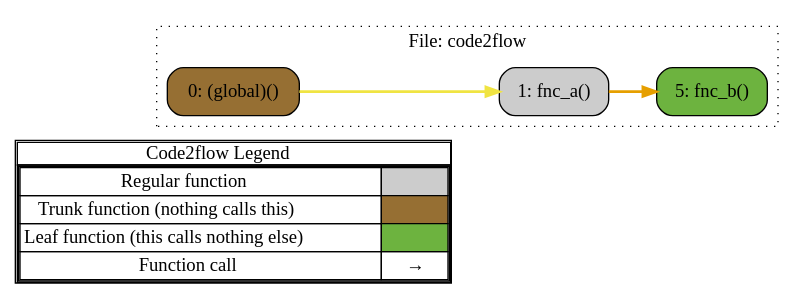
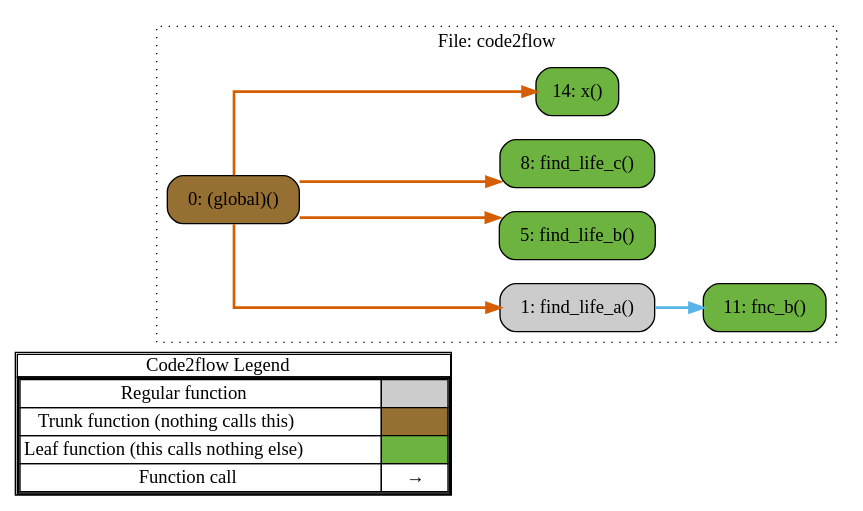
Before and after one commit to hounen/sandbox: the diagram in python/code2flow/out.gv, drawn with Graphviz. The commit also changed 7 other files, not shown here.

```diff
--- a/python/code2flow/out.gv
+++ b/python/code2flow/out.gv
@@ -1,29 +1,35 @@
 digraph G {
 concentrate=true;
 splines="ortho";
 rankdir="LR";
 subgraph legend{
     rank = min;
     label = "legend";
     Legend [shape=none, margin=0, label = <
         <table cellspacing="0" cellpadding="0" border="1"><tr><td>Code2flow Legend</td></tr><tr><td>
         <table cellspacing="0">
         <tr><td>Regular function</td><td width="50px" bgcolor='#cccccc'></td></tr>
         <tr><td>Trunk function (nothing calls this)</td><td bgcolor='#966F33'></td></tr>
         <tr><td>Leaf function (this calls nothing else)</td><td bgcolor='#6db33f'></td></tr>
         <tr><td>Function call</td><td><font color='black'>&#8594;</font></td></tr>
         </table></td></tr></table>
         >];
-}node_7792bf7c [label="0: (global)()" name="code2flow::(global)" shape="rect" style="rounded,filled" fillcolor="#966F33" ];
-node_d9c0bf61 [label="1: fnc_a()" name="code2flow::fnc_a" shape="rect" style="rounded,filled" fillcolor="#cccccc" ];
-node_cbb5191f [label="5: fnc_b()" name="code2flow::fnc_b" shape="rect" style="rounded,filled" fillcolor="#6db33f" ];
-node_7792bf7c -> node_d9c0bf61 [color="#F0E442" penwidth="2"];
-node_d9c0bf61 -> node_cbb5191f [color="#E69F00" penwidth="2"];
-subgraph cluster_19f63017 {
-    node_d9c0bf61 node_cbb5191f node_7792bf7c;
+}node_cbc12a26 [label="0: (global)()" name="code2flow::(global)" shape="rect" style="rounded,filled" fillcolor="#966F33" ];
+node_3dd5f3ca [label="1: find_life_a()" name="code2flow::find_life_a" shape="rect" style="rounded,filled" fillcolor="#cccccc" ];
+node_32e1d51b [label="5: find_life_b()" name="code2flow::find_life_b" shape="rect" style="rounded,filled" fillcolor="#6db33f" ];
+node_9417f868 [label="8: find_life_c()" name="code2flow::find_life_c" shape="rect" style="rounded,filled" fillcolor="#6db33f" ];
+node_2a10487f [label="11: fnc_b()" name="code2flow::fnc_b" shape="rect" style="rounded,filled" fillcolor="#6db33f" ];
+node_82b95c54 [label="14: x()" name="code2flow::x" shape="rect" style="rounded,filled" fillcolor="#6db33f" ];
+node_cbc12a26 -> node_3dd5f3ca [color="#D55E00" penwidth="2"];
+node_cbc12a26 -> node_32e1d51b [color="#D55E00" penwidth="2"];
+node_cbc12a26 -> node_9417f868 [color="#D55E00" penwidth="2"];
+node_cbc12a26 -> node_82b95c54 [color="#D55E00" penwidth="2"];
+node_3dd5f3ca -> node_2a10487f [color="#56B4E9" penwidth="2"];
+subgraph cluster_090cffac {
+    node_3dd5f3ca node_32e1d51b node_9417f868 node_2a10487f node_82b95c54 node_cbc12a26;
     label="File: code2flow";
     name="code2flow";
     style="filled";
     graph[style=dotted];
 };
 }
```
